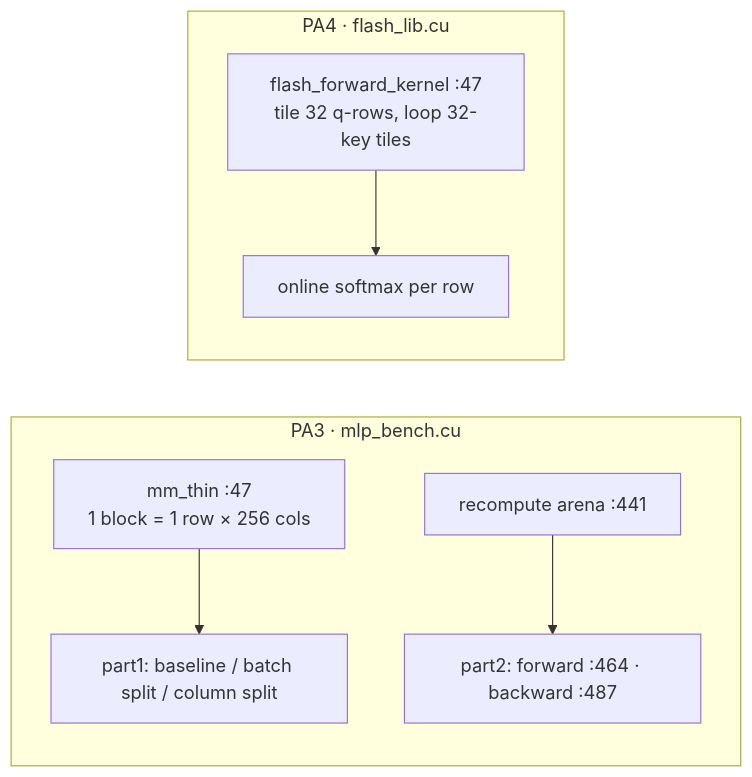
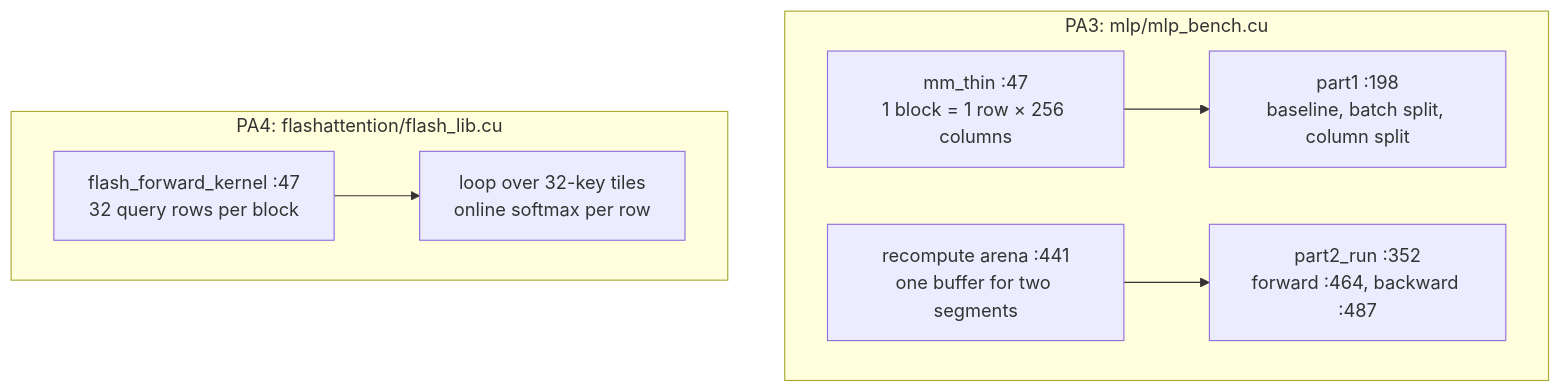
Before and after one commit to jayavardhan-g/projects-vault: the first of 5 diagrams in Interview prep/Days/Day 06 - CUDA II.md, drawn with Mermaid. The commit also changed other lines of this file and 12 other files, not shown here.

First line of the commit message:
projects: Days 2-14 "Code, explained": full-width top-to-bottom diagrams, a figure per section, and a step-by-step flow per day

````diff
--- a/Interview prep/Days/Day 06 - CUDA II.md
+++ b/Interview prep/Days/Day 06 - CUDA II.md
@@ -127,10 +127,10 @@
 ```mermaid
-flowchart LR
-  subgraph PA3["PA3 · mlp_bench.cu"]
-    TH["mm_thin :47<br/>1 block = 1 row × 256 cols"] --> P1["part1: baseline / batch split / column split"]
-    AR["recompute arena :441"] --> P2["part2: forward :464 · backward :487"]
+flowchart TB
+  subgraph PA3["PA3: mlp/mlp_bench.cu"]
+    TH["mm_thin :47<br/>1 block = 1 row × 256 columns"] --> P1["part1 :198<br/>baseline, batch split, column split"]
+    AR["recompute arena :441<br/>one buffer for two segments"] --> P2["part2_run :352<br/>forward :464, backward :487"]
   end
-  subgraph PA4["PA4 · flash_lib.cu"]
-    FK["flash_forward_kernel :47<br/>tile 32 q-rows, loop 32-key tiles"] --> OS["online softmax per row"]
+  subgraph PA4["PA4: flashattention/flash_lib.cu"]
+    FK["flash_forward_kernel :47<br/>32 query rows per block"] --> OS["loop over 32-key tiles<br/>online softmax per row"]
   end
 ```
````
